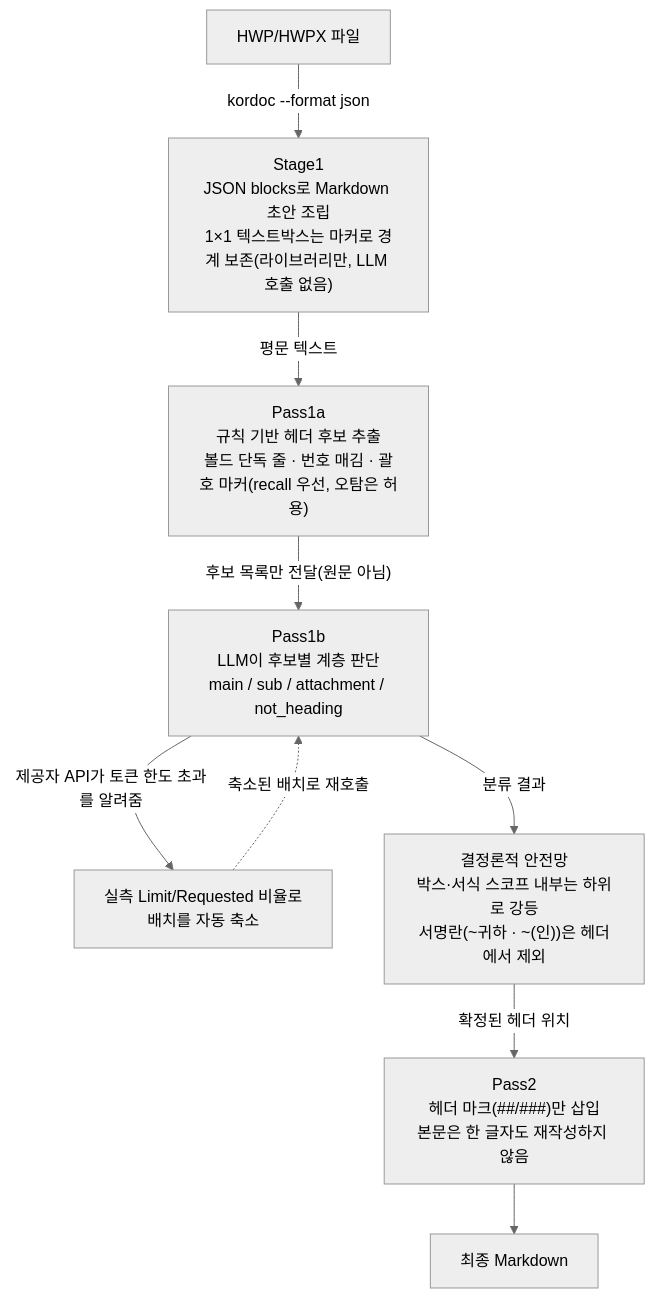
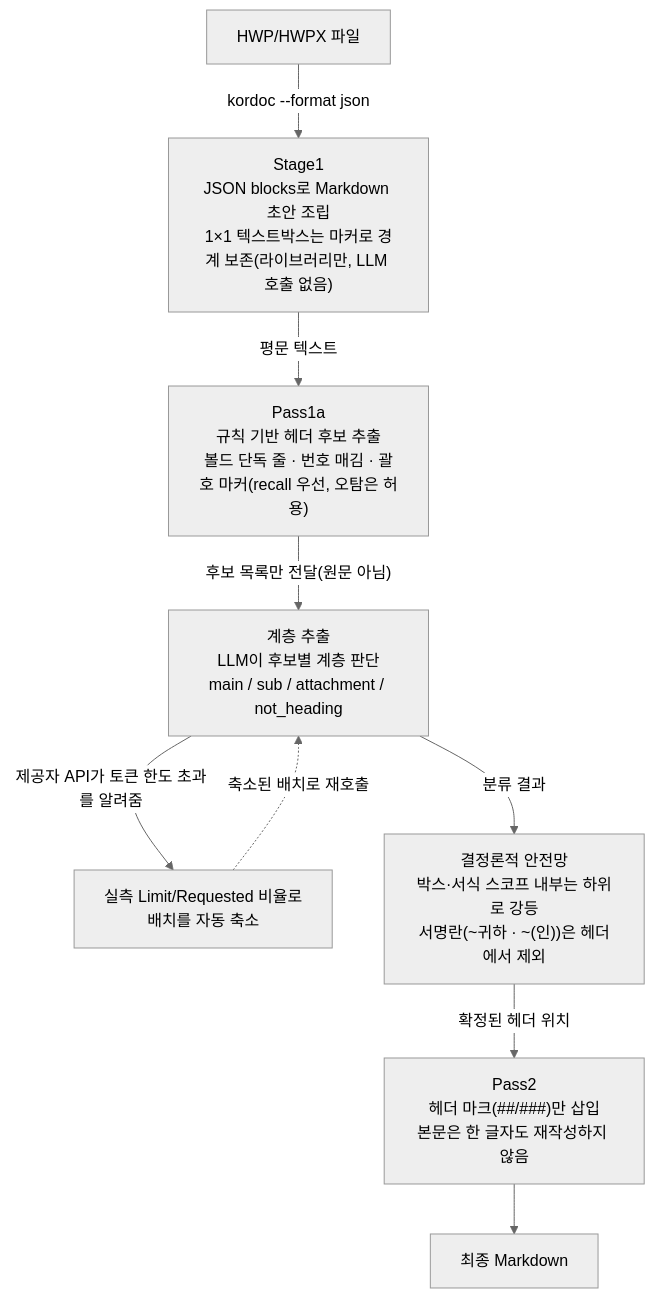
One commit to adover134/korean_official_document_parser_skill changed the diagram in README.md. Above: the diagram before and after it, drawn with Mermaid (neutral theme). The commit also changed other lines of this file and 7 other files, not shown here.

Commit message:
docs: call Pass1b 'hierarchy extraction' (it is part of recursive hierarchy extraction, not a separate pass)

````diff
--- a/README.md
+++ b/README.md
@@ -32,11 +32,11 @@
 ```mermaid
 flowchart TD
     A["HWP/HWPX 파일"] -->|"kordoc --format json"| B["Stage1\nJSON blocks로 Markdown 초안 조립\n1×1 텍스트박스는 마커로 경계 보존(라이브러리만, LLM 호출 없음)"]
     B -->|"평문 텍스트"| C["Pass1a\n규칙 기반 헤더 후보 추출\n볼드 단독 줄 · 번호 매김 · 괄호 마커(recall 우선, 오탐은 허용)"]
-    C -->|"후보 목록만 전달(원문 아님)"| D["Pass1b\nLLM이 후보별 계층 판단\nmain / sub / attachment / not_heading"]
+    C -->|"후보 목록만 전달(원문 아님)"| D["계층 추출\nLLM이 후보별 계층 판단\nmain / sub / attachment / not_heading"]
     D -->|"제공자 API가 토큰 한도 초과를 알려줌"| E["실측 Limit/Requested 비율로\n배치를 자동 축소"]
     E -.->|"축소된 배치로 재호출"| D
     D -->|"분류 결과"| F["결정론적 안전망\n박스·서식 스코프 내부는 하위로 강등\n서명란(~귀하 · ~(인))은 헤더에서 제외"]
     F -->|"확정된 헤더 위치"| G["Pass2\n헤더 마크(##/###)만 삽입\n본문은 한 글자도 재작성하지 않음"]
     G --> H["최종 Markdown"]
 ```
````
